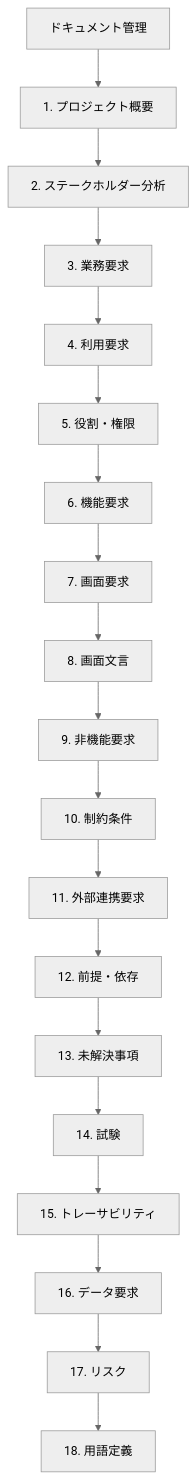
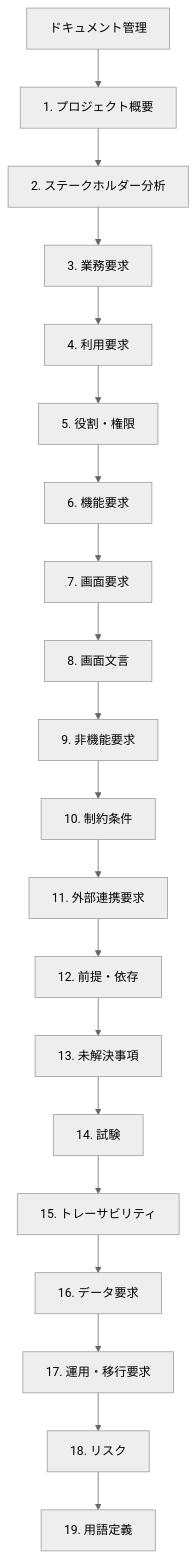
One commit to shioki/requirements-to-spec-template changed the first of 3 diagrams in template.md. Above: the diagram before and after it, drawn with Mermaid (neutral theme). The commit also changed other lines of this file and 8 other files, not shown here.

````diff
--- a/template.md
+++ b/template.md
@@ -29,21 +30,22 @@
 ```mermaid
 flowchart TD
   docControl["ドキュメント管理"] --> projectOverview["1. プロジェクト概要"]
   projectOverview --> stakeholderAnalysis["2. ステークホルダー分析"]
   stakeholderAnalysis --> businessReq["3. 業務要求"]
   businessReq --> userCases["4. 利用要求"]
   userCases --> roles["5. 役割・権限"]
   roles --> functionalReq["6. 機能要求"]
   functionalReq --> uiRequirements["7. 画面要求"]
   uiRequirements --> messages["8. 画面文言"]
   messages --> nonFunctionalReq["9. 非機能要求"]
   nonFunctionalReq --> constraints["10. 制約条件"]
   constraints --> interfaces["11. 外部連携要求"]
   interfaces --> assumptions["12. 前提・依存"]
   assumptions --> openIssues["13. 未解決事項"]
   openIssues --> tests["14. 試験"]
   tests --> traceability["15. トレーサビリティ"]
   traceability --> dataReq["16. データ要求"]
-  dataReq --> risks["17. リスク"]
-  risks --> glossary["18. 用語定義"]
+  dataReq --> operations["17. 運用・移行要求"]
+  operations --> risks["18. リスク"]
+  risks --> glossary["19. 用語定義"]
 ```
````
